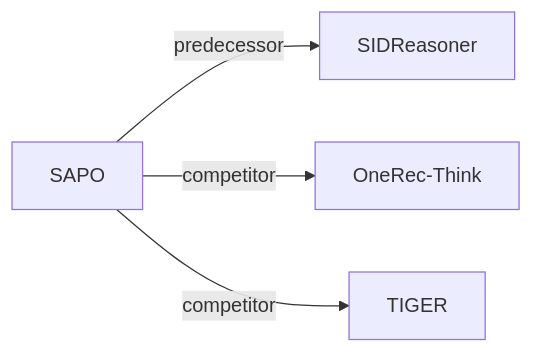
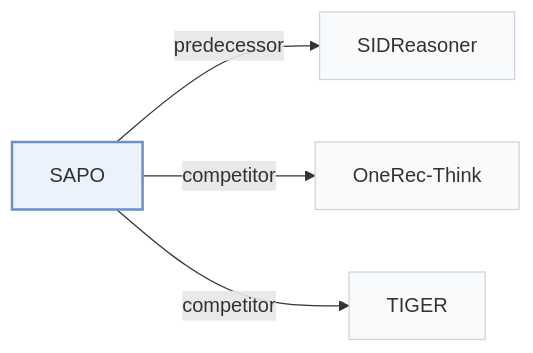
One commit to Galaxy-ghost/Awesome-SID-Generative-Rec changed the second of 2 diagrams in pages/papers/sapo.md. Above: the diagram before and after it, drawn with Mermaid. The commit also changed other lines of this file and 649 other files, not shown here.

Commit message:
writer-05: also tags and modality index (schema, check, build, visuals); summary field removed; calibration data for 12 papers

````diff
--- a/pages/papers/sapo.md
+++ b/pages/papers/sapo.md
@@ -68,7 +74,11 @@
 ```mermaid
 flowchart LR
     P["SAPO"]
-    P -->|predecessor| A["SIDReasoner"]
-    P -->|competitor| B["OneRec-Think"]
-    P -->|competitor| C["TIGER"]
+    P -->|"predecessor"| A["SIDReasoner"]
+    P -->|"competitor"| B["OneRec-Think"]
+    P -->|"competitor"| C["TIGER"]
+    classDef main fill:#eaf2fb,stroke:#6b8fc7,stroke-width:2px
+    classDef peer fill:#f8fafc,stroke:#cbd5e1
+    class P main
+    class A,B,C peer
 ```
````
